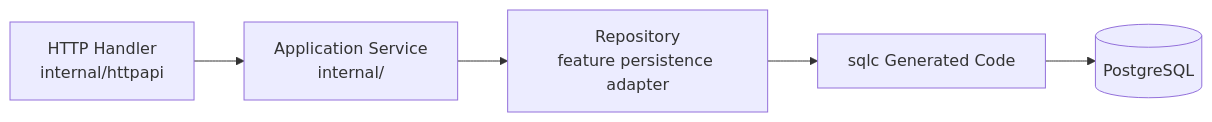
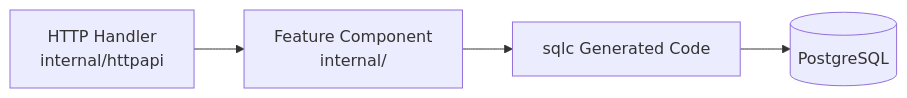
One commit to finsight-org/finsight changed the diagram in docs/guidelines/backend-guidelines.md. Above: the diagram before and after it, drawn with Mermaid. The commit also changed other lines of this file and 35 other files, not shown here.

First line of the commit message:
Refactor account feature around sqlc (#20)

````diff
--- a/docs/guidelines/backend-guidelines.md
+++ b/docs/guidelines/backend-guidelines.md
@@ -9,13 +9,11 @@
 ```mermaid
 flowchart LR
     Handler["HTTP Handler<br/>internal/httpapi"]
-    Service["Application Service<br/>internal/<feature>"]
-    Repository["Repository<br/>feature persistence adapter"]
+    Feature["Feature Component<br/>internal/<feature>"]
     SQLC["sqlc Generated Code"]
     DB[("PostgreSQL")]
 
-    Handler --> Service
-    Service --> Repository
-    Repository --> SQLC
+    Handler --> Feature
+    Feature --> SQLC
     SQLC --> DB
 ```
````
